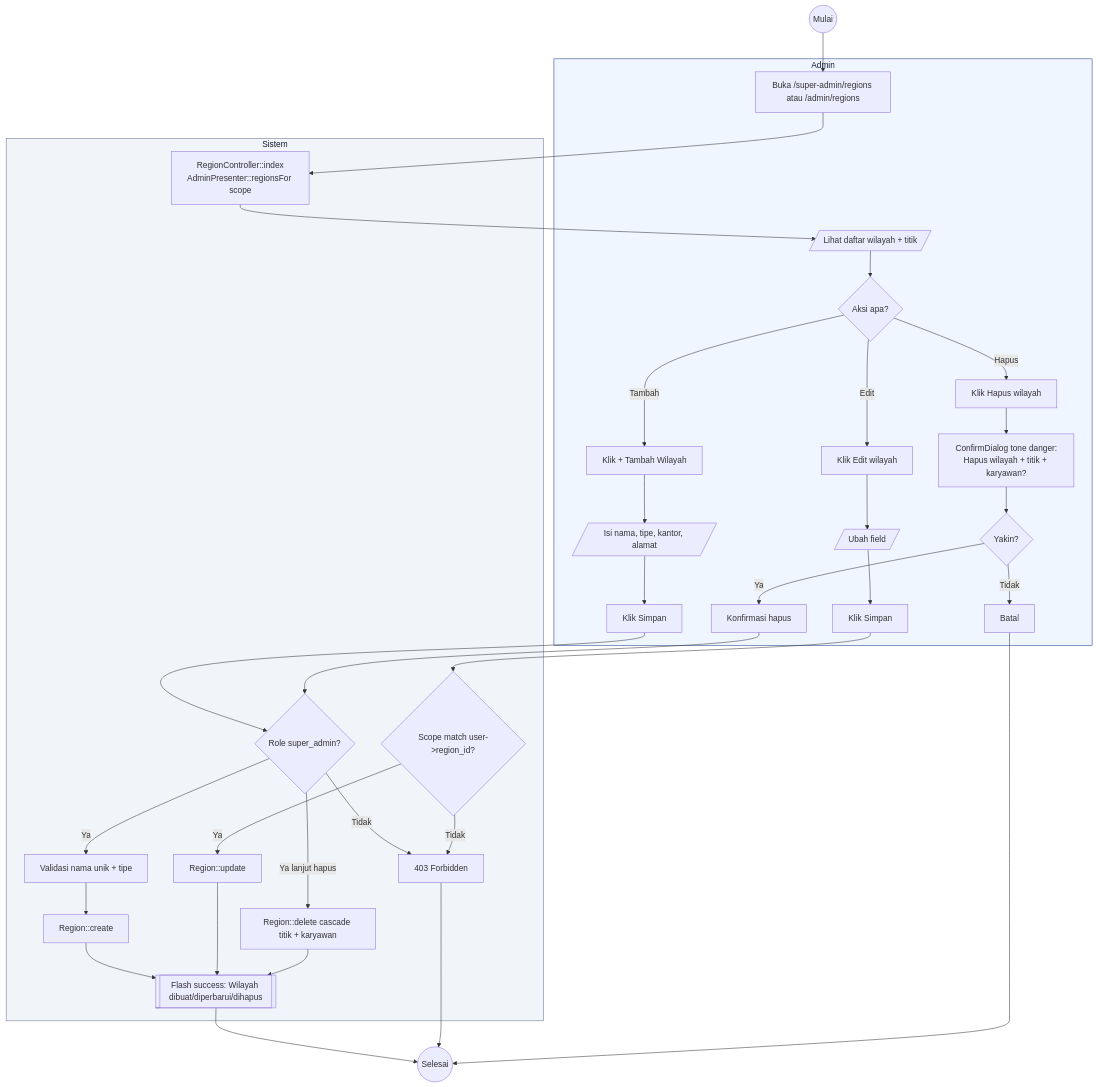
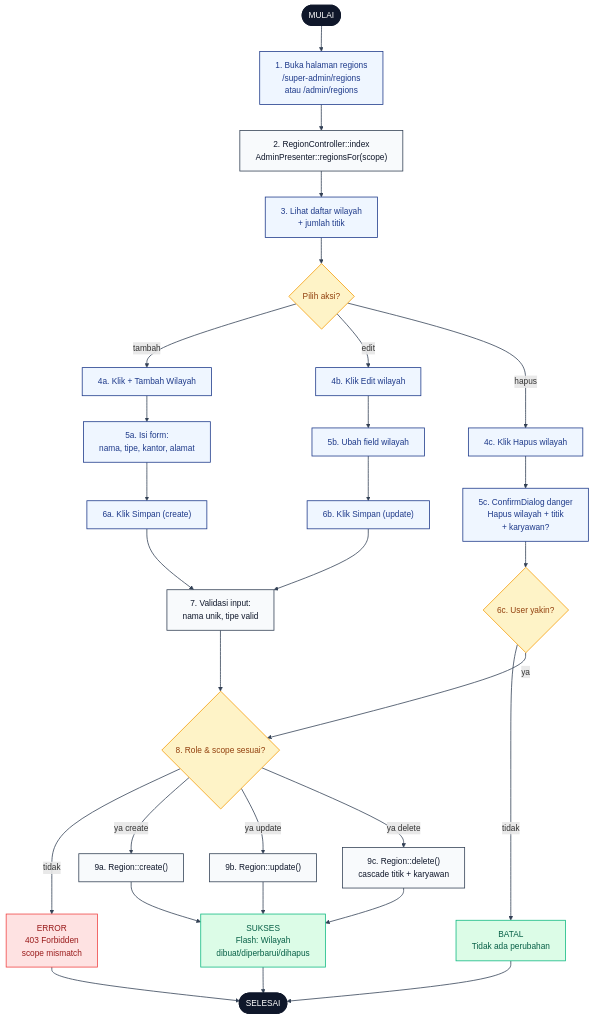
The diagram in docs/activity-diagrams/04-regions-crud.md (radacore/absensi-pu), drawn with Mermaid before and after one commit. The commit also changed other lines of this file and 22 other files, not shown here.

First line of the commit message:
docs(diagram): terapkan pola mermaid flowchart TD ke 23 diagram sisanya

````diff
--- a/docs/activity-diagrams/04-regions-crud.md
+++ b/docs/activity-diagrams/04-regions-crud.md
@@ -12,69 +12,76 @@
 ```mermaid
 flowchart TD
-    Start((Mulai)) --> A1
+    START([MULAI]):::se
 
-    subgraph Admin[Admin]
-        A1[Buka /super-admin/regions atau /admin/regions]
-        A2[/Lihat daftar wilayah + titik/]
-        A3{Aksi apa?}
-        A4[Klik + Tambah Wilayah]
-        A5[/Isi nama, tipe, kantor, alamat/]
-        A6[Klik Simpan]
-        A7[Klik Edit wilayah]
-        A8[/Ubah field/]
-        A9[Klik Simpan]
-        A10[Klik Hapus wilayah]
-        A11[ConfirmDialog tone danger:<br/>Hapus wilayah + titik + karyawan?]
-        A12{Yakin?}
-        A13[Batal]
-        A14[Konfirmasi hapus]
-    end
+    A1["1. Buka halaman regions<br/>/super-admin/regions<br/>atau /admin/regions"]:::user
+    S1["2. RegionController::index<br/>AdminPresenter::regionsFor(scope)"]:::sys
+    A2["3. Lihat daftar wilayah<br/>+ jumlah titik"]:::user
+    D1{"Pilih aksi?"}:::dec
 
-    subgraph Sistem[Sistem]
-        S1[RegionController::index<br/>AdminPresenter::regionsFor scope]
-        S2{Role super_admin?}
-        S3[403 Forbidden]
-        S4[Validasi nama unik + tipe]
-        S5[Region::create]
-        S6[Region::update]
-        S7{Scope match user->region_id?}
-        S8[Region::delete cascade titik + karyawan]
-        S9[[Flash success: Wilayah dibuat/diperbarui/dihapus]]
-    end
+    A3a["4a. Klik + Tambah Wilayah"]:::user
+    A3b["4b. Klik Edit wilayah"]:::user
+    A3c["4c. Klik Hapus wilayah"]:::user
 
+    A4a["5a. Isi form:<br/>nama, tipe, kantor, alamat"]:::user
+    A4b["5b. Ubah field wilayah"]:::user
+    A4c["5c. ConfirmDialog danger<br/>Hapus wilayah + titik<br/>+ karyawan?"]:::user
+
+    A5a["6a. Klik Simpan (create)"]:::user
+    A5b["6b. Klik Simpan (update)"]:::user
+    D2{"6c. User yakin?"}:::dec
+
+    S2["7. Validasi input:<br/>nama unik, tipe valid"]:::sys
+    D3{"8. Role & scope sesuai?"}:::dec
+
+    S3["9a. Region::create()"]:::sys
+    S4["9b. Region::update()"]:::sys
+    S5["9c. Region::delete()<br/>cascade titik + karyawan"]:::sys
+
+    E1["ERROR<br/>403 Forbidden<br/>scope mismatch"]:::err
+    CANCEL["BATAL<br/>Tidak ada perubahan"]:::ok
+    OK["SUKSES<br/>Flash: Wilayah<br/>dibuat/diperbarui/dihapus"]:::ok
+    END([SELESAI]):::se
+
+    START --> A1
     A1 --> S1
     S1 --> A2
-    A2 --> A3
-    A3 -->|Tambah| A4
-    A4 --> A5
-    A5 --> A6
-    A6 --> S2
-    S2 -->|Tidak| S3
-    S2 -->|Ya| S4
-    S4 --> S5
-    S5 --> S9
-    A3 -->|Edit| A7
-    A7 --> A8
-    A8 --> A9
-    A9 --> S7
-    S7 -->|Tidak| S3
-    S7 -->|Ya| S6
-    S6 --> S9
-    A3 -->|Hapus| A10
-    A10 --> A11
-    A11 --> A12
-    A12 -->|Tidak| A13
-    A12 -->|Ya| A14
-    A14 --> S2
-    S2 -->|Ya lanjut hapus| S8
-    S8 --> S9
-    S9 --> End((Selesai))
-    S3 --> End
-    A13 --> End
+    A2 --> D1
 
-    classDef actor fill:#EFF6FF,stroke:#1E3A8A,stroke-width:1px,color:#0F172A
-    classDef system fill:#F1F5F9,stroke:#64748B,stroke-width:1px,color:#0F172A
-    classDef danger fill:#FEF2F2,stroke:#EF4444,stroke-width:1px,color:#991B1B
-    class Admin actor
-    class Sistem system
+    D1 -->|tambah| A3a
+    A3a --> A4a
+    A4a --> A5a
+    A5a --> S2
+
+    D1 -->|edit| A3b
+    A3b --> A4b
+    A4b --> A5b
+    A5b --> S2
+
+    D1 -->|hapus| A3c
+    A3c --> A4c
+    A4c --> D2
+    D2 -->|tidak| CANCEL
+    D2 -->|ya| D3
+
+    S2 --> D3
+    D3 -->|tidak| E1
+    D3 -->|ya create| S3
+    D3 -->|ya update| S4
+    D3 -->|ya delete| S5
+
+    S3 --> OK
+    S4 --> OK
+    S5 --> OK
+    OK --> END
+    CANCEL --> END
+    E1 --> END
+
+    classDef se fill:#0F172A,stroke:#0F172A,color:#fff,stroke-width:2px
+    classDef user fill:#EFF6FF,stroke:#1E3A8A,color:#1E3A8A,stroke-width:1.5px
+    classDef sys fill:#F8FAFC,stroke:#334155,color:#0F172A,stroke-width:1.5px
+    classDef dec fill:#FEF3C7,stroke:#F59E0B,color:#92400E,stroke-width:1.5px
+    classDef err fill:#FEE2E2,stroke:#EF4444,color:#991B1B,stroke-width:1.5px
+    classDef ok fill:#DCFCE7,stroke:#10B981,color:#065F46,stroke-width:1.5px
+
+    linkStyle default stroke:#334155,stroke-width:1.5px
 ```
````
